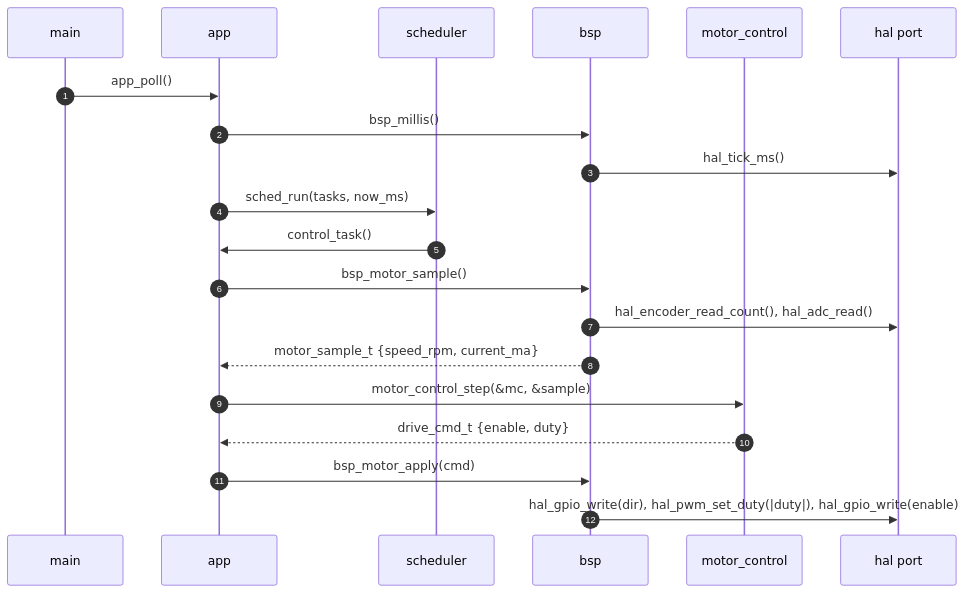
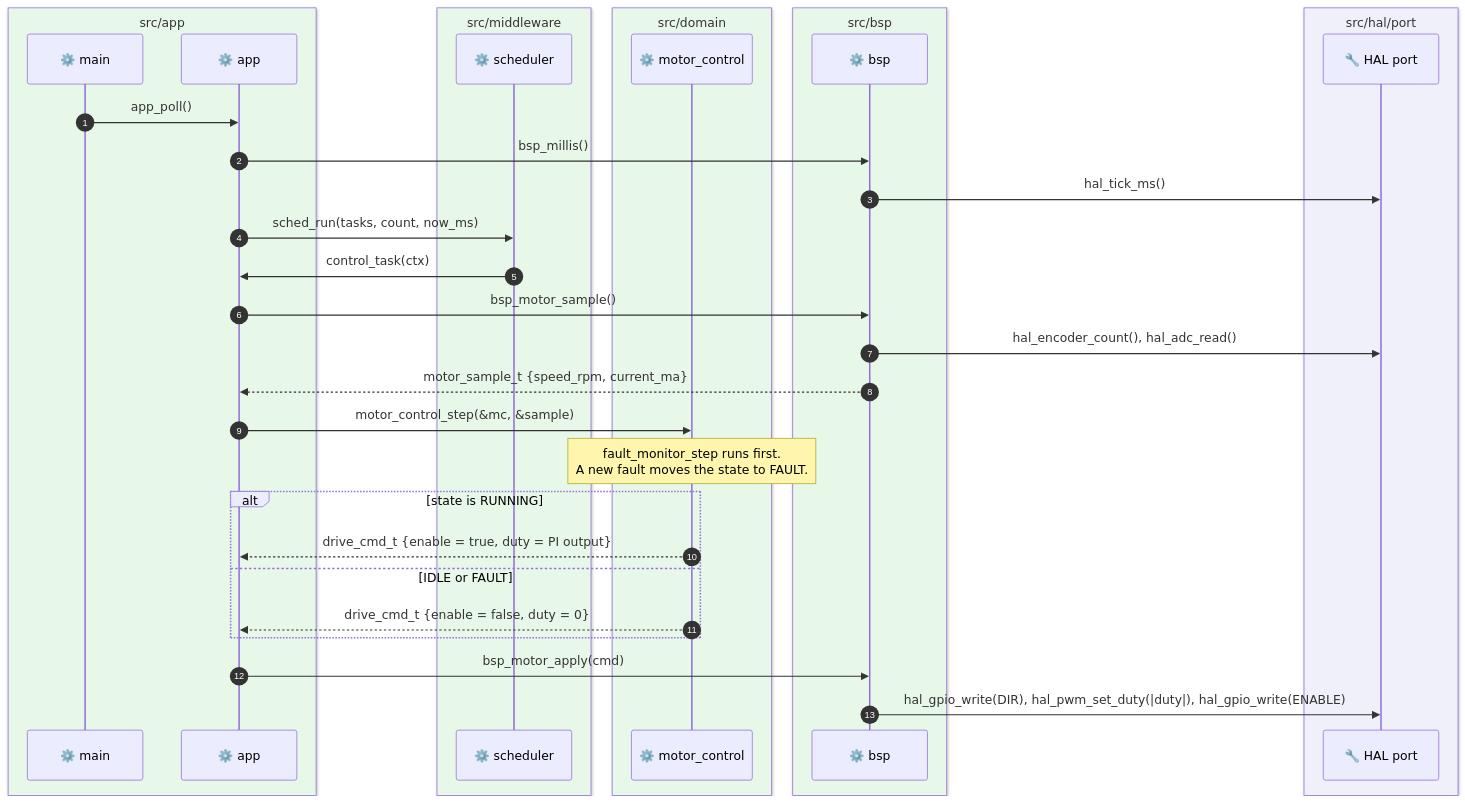
Before and after one commit to wienans/example-repo: the first of 2 diagrams in docs/architecture/05_runtime.md, drawn with Mermaid. The commit also changed other lines of this file and 6 other files, not shown here.

Commit message:
docs(architecture): redraw diagrams to the merged Mermaid conventions

````diff
--- a/docs/architecture/05_runtime.md
+++ b/docs/architecture/05_runtime.md
@@ -7,23 +9,40 @@
 ```mermaid
 sequenceDiagram
+  accTitle: Calls made during one 1 ms control tick
+  accDescr: main calls app_poll. app reads the tick through bsp and the HAL port, then calls sched_run. The scheduler calls control_task. control_task samples the motor through bsp, which reads the encoder and the ADC from the HAL port. motor_control_step returns an enabled drive command when the state is RUNNING and a disabled one otherwise. bsp_motor_apply writes the direction pin, the PWM duty and the enable pin.
   autonumber
-  participant main
-  participant app
-  participant sched as scheduler
-  participant bsp
-  participant ctl as motor_control
-  participant hal as hal port
+  box rgb(232,248,232) src/app
+    participant main as ⚙️ main
+    participant app as ⚙️ app
+  end
+  box rgb(232,248,232) src/middleware
+    participant sched as ⚙️ scheduler
+  end
+  box rgb(232,248,232) src/domain
+    participant ctl as ⚙️ motor_control
+  end
+  box rgb(232,248,232) src/bsp
+    participant bsp as ⚙️ bsp
+  end
+  box rgb(240,240,250) src/hal/port
+    participant hal as 🔧 HAL port
+  end
 
   main->>app: app_poll()
   app->>bsp: bsp_millis()
   bsp->>hal: hal_tick_ms()
-  app->>sched: sched_run(tasks, now_ms)
-  sched->>app: control_task()
+  app->>sched: sched_run(tasks, count, now_ms)
+  sched->>app: control_task(ctx)
   app->>bsp: bsp_motor_sample()
-  bsp->>hal: hal_encoder_read_count(), hal_adc_read()
+  bsp->>hal: hal_encoder_count(), hal_adc_read()
   bsp-->>app: motor_sample_t {speed_rpm, current_ma}
   app->>ctl: motor_control_step(&mc, &sample)
-  ctl-->>app: drive_cmd_t {enable, duty}
+  Note over ctl: fault_monitor_step runs first.<br/>A new fault moves the state to FAULT.
+  alt state is RUNNING
+    ctl-->>app: drive_cmd_t {enable = true, duty = PI output}
+  else IDLE or FAULT
+    ctl-->>app: drive_cmd_t {enable = false, duty = 0}
+  end
   app->>bsp: bsp_motor_apply(cmd)
-  bsp->>hal: hal_gpio_write(dir), hal_pwm_set_duty(|duty|), hal_gpio_write(enable)
+  bsp->>hal: hal_gpio_write(DIR), hal_pwm_set_duty(|duty|), hal_gpio_write(ENABLE)
 ```
````
